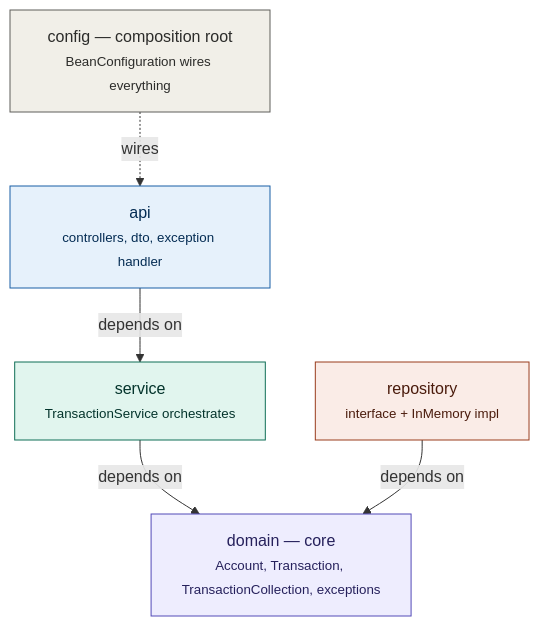
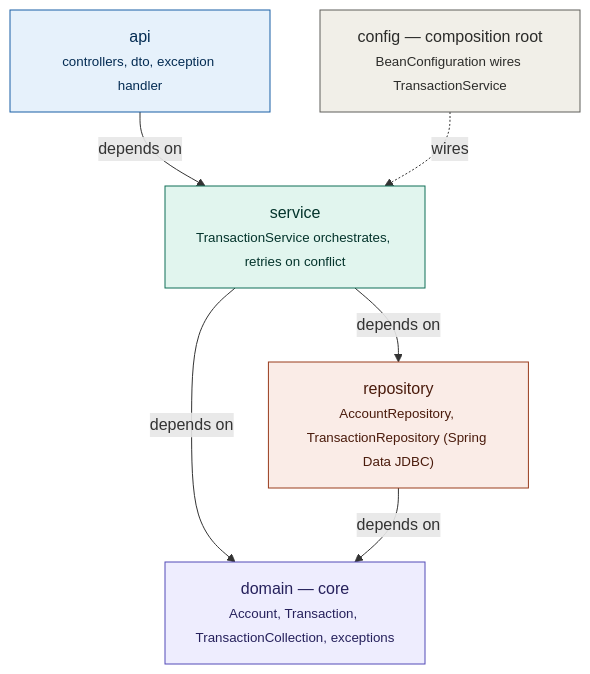
One commit to mariaclara31/payment-authorization-engine changed the first of 2 diagrams in README.md. Above: the diagram before and after it, drawn with Mermaid. The commit also changed other lines of this file, not shown here.

Commit message:
Update README: JDBC persistence, concurrency control, 409 mapping

````diff
--- a/README.md
+++ b/README.md
@@ -30,25 +30,26 @@
 ```mermaid
 flowchart TD
-    config["config — composition root<br/><small>BeanConfiguration wires everything</small>"]
+    config["config — composition root<br/><small>BeanConfiguration wires TransactionService</small>"]
     api["api<br/><small>controllers, dto, exception handler</small>"]
-    service["service<br/><small>TransactionService orchestrates</small>"]
+    service["service<br/><small>TransactionService orchestrates, retries on conflict</small>"]
     domain["domain — core<br/><small>Account, Transaction, TransactionCollection, exceptions</small>"]
-    repository["repository<br/><small>interface + InMemory impl</small>"]
+    repository["repository<br/><small>AccountRepository, TransactionRepository (Spring Data JDBC)</small>"]
 
     api -->|depends on| service
     service -->|depends on| domain
+    service -->|depends on| repository
     repository -->|depends on| domain
-    config -.->|wires| api
+    config -.->|wires| service
 
     classDef core fill:#EEEDFE,stroke:#534AB7,color:#26215C
     classDef web fill:#E6F1FB,stroke:#185FA5,color:#042C53
     classDef svc fill:#E1F5EE,stroke:#0F6E56,color:#04342C
     classDef repo fill:#FAECE7,stroke:#993C1D,color:#4A1B0C
     classDef cfg fill:#F1EFE8,stroke:#5F5E5A,color:#2C2C2A
 
     class domain core
     class api web
     class service svc
     class repository repo
     class config cfg
 ```
````
